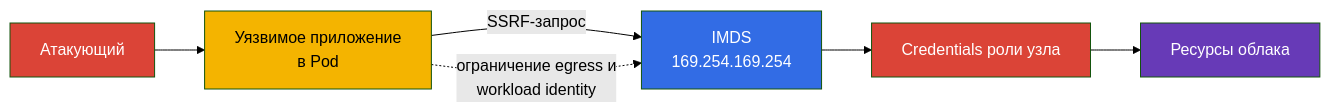
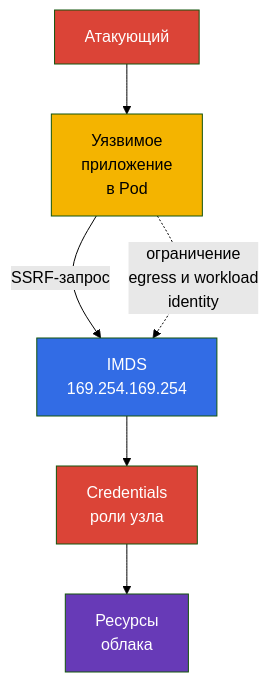
One commit to ViktorUJ/cks changed the second of 2 diagrams in tasks/kcsa/course/04/ru.md. Above: the diagram before and after it, drawn with Mermaid (forest theme). The commit also changed other lines of this file and 60 other files, not shown here.

````diff
--- a/tasks/kcsa/course/04/ru.md
+++ b/tasks/kcsa/course/04/ru.md
@@ -78,13 +78,13 @@
 ```mermaid
-flowchart LR
-    attacker["Атакующий"] --> app["Уязвимое приложение<br/>в Pod"]
+flowchart TB
+    attacker["Атакующий"] --> app["Уязвимое<br/>приложение<br/>в Pod"]
     app -->|"SSRF-запрос"| imds["IMDS<br/>169.254.169.254"]
-    imds --> creds["Credentials роли узла"]
-    creds --> cloud["Ресурсы облака"]
-    app -. "ограничение egress и<br/>workload identity" .-> imds
+    imds --> creds["Credentials<br/>роли узла"]
+    creds --> cloud["Ресурсы<br/>облака"]
+    app -. "ограничение<br/>egress и workload<br/>identity" .-> imds
     style attacker fill:#db4437,color:#fff
     style app fill:#f4b400,color:#000
     style imds fill:#326ce5,color:#fff
     style creds fill:#db4437,color:#fff
     style cloud fill:#673ab7,color:#fff
 ```
````
